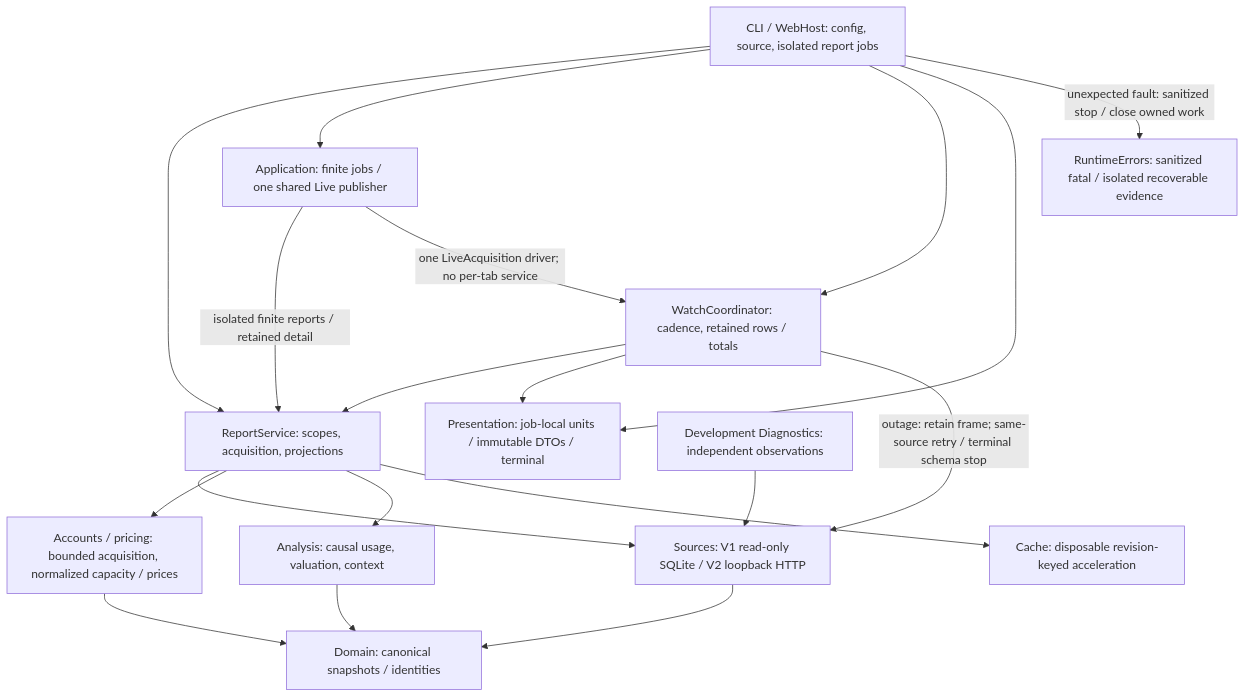
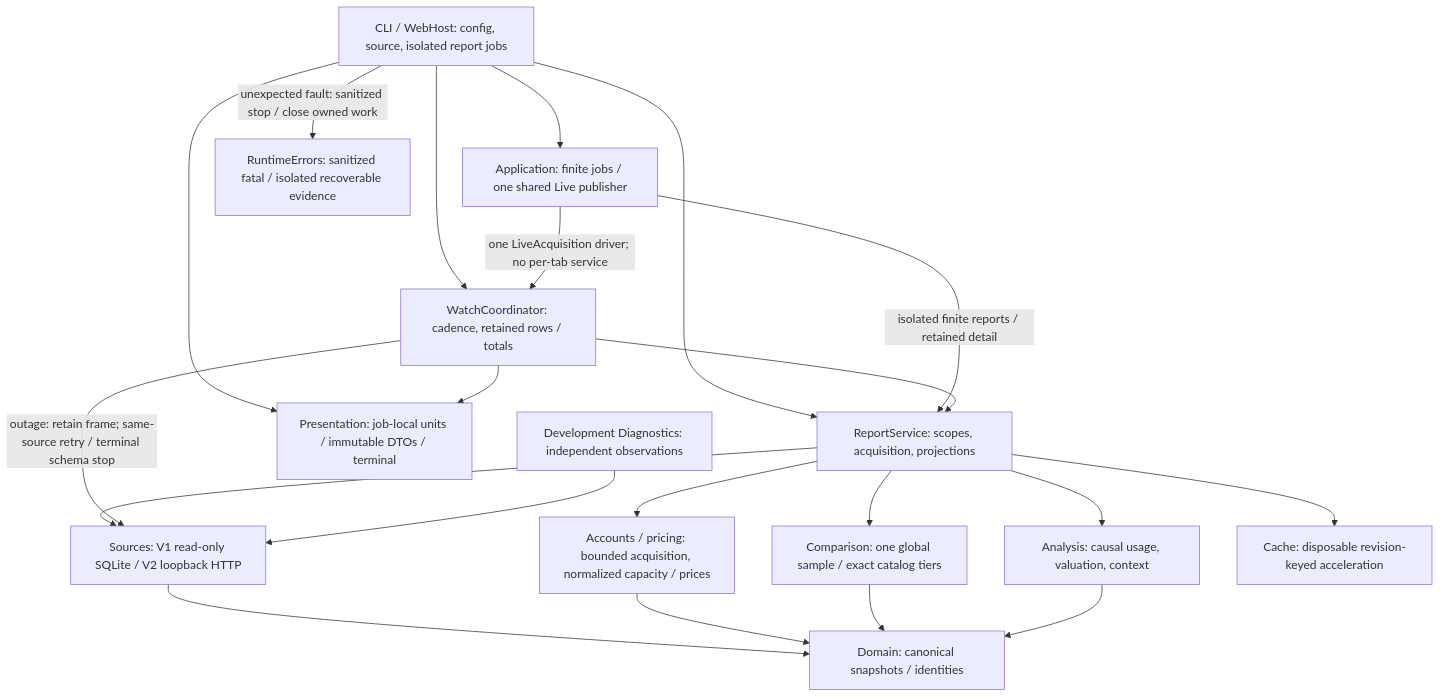
The first of 2 diagrams in development/architecture/OVERVIEW.md (qstoffe/cost-guard), drawn with Mermaid before and after one commit. The commit also changed other lines of this file and 15 other files, not shown here.

First line of the commit message:
Architecture maintenance 30: retire obsolete comparison sampling (v80.160) (#163)

````diff
--- a/development/architecture/OVERVIEW.md
+++ b/development/architecture/OVERVIEW.md
@@ -18,21 +18,23 @@
 ```mermaid
 flowchart TD
     entry["CLI / WebHost: config, source, isolated report jobs"] --> reports["ReportService: scopes, acquisition, projections"]
     entry --> application["Application: finite jobs / one shared Live publisher"]
     application -->|"isolated finite reports / retained detail"| reports
     entry --> watch["WatchCoordinator: cadence, retained rows / totals"]
     application -->|"one LiveAcquisition driver; no per-tab service"| watch
     watch --> reports
     reports --> sources["Sources: V1 read-only SQLite / V2 loopback HTTP"]
     reports --> providers["Accounts / pricing: bounded acquisition, normalized capacity / prices"]
     sources --> domain["Domain: canonical snapshots / identities"]
     providers --> domain
     reports --> analysis["Analysis: causal usage, valuation, context"]
+    reports --> comparison["Comparison: one global sample / exact catalog tiers"]
+    comparison --> domain
     analysis --> domain
     reports --> cache["Cache: disposable revision-keyed acceleration"]
     entry --> presentation["Presentation: job-local units / immutable DTOs / terminal"]
     watch --> presentation
     watch -->|"outage: retain frame; same-source retry / terminal schema stop"| sources
     entry -->|"unexpected fault: sanitized stop / close owned work"| faults["RuntimeErrors: sanitized fatal / isolated recoverable evidence"]
     diagnostics["Development Diagnostics: independent observations"] --> sources
 ```
````
